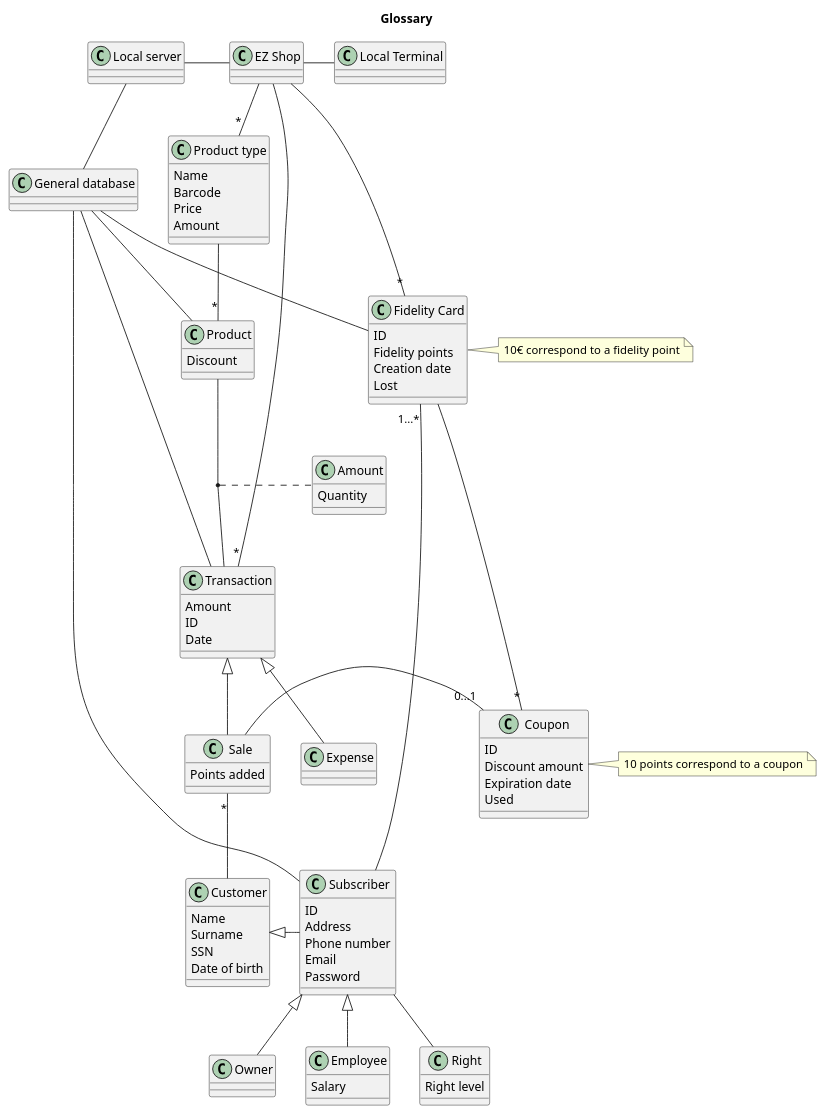
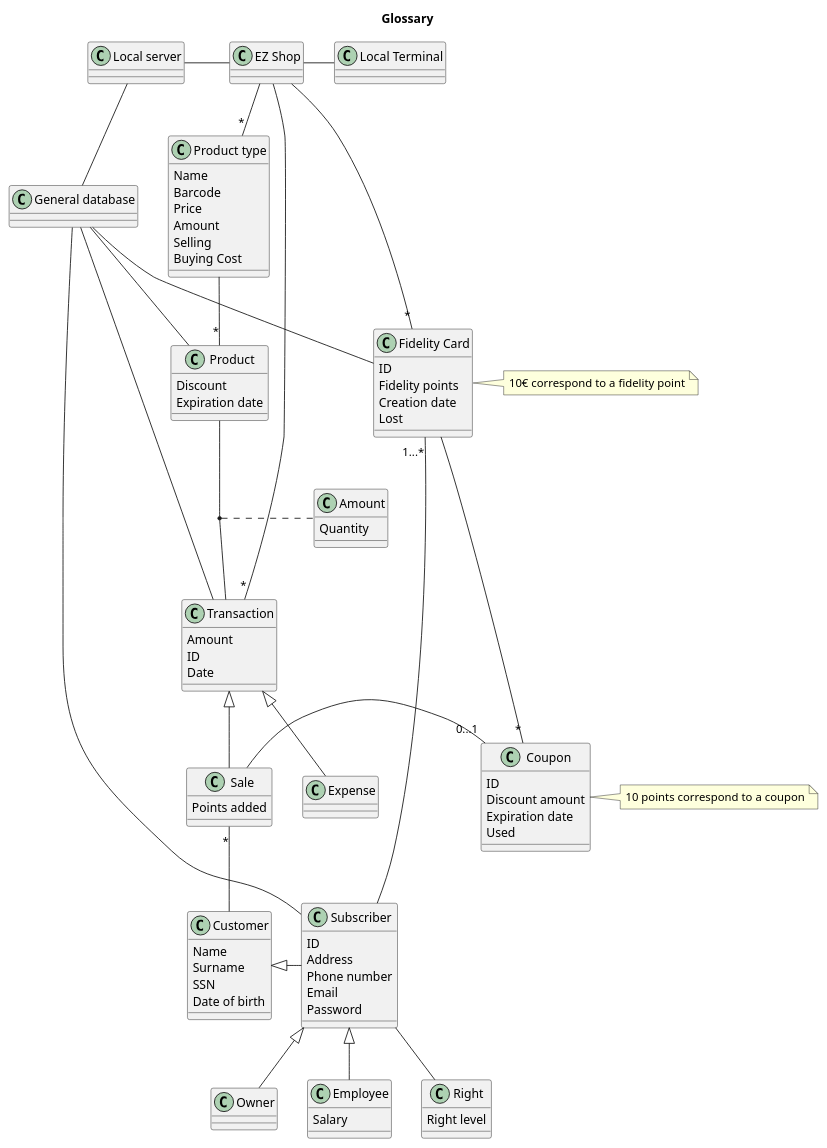
The fourth of 6 diagrams in Deliverables/RequirementsDocument.md (nicolabattaglino/ezshop), drawn with PlantUML before and after one commit.

Commit message:
Changes to glossaty

```diff
--- a/Deliverables/RequirementsDocument.md
+++ b/Deliverables/RequirementsDocument.md
@@ -535,6 +535,8 @@
 Barcode
 Price 
 Amount
+Selling
+Buying Cost
 }
 class "Coupon" as coupon{
 ID
@@ -560,6 +562,7 @@
 }
 class "Product" as product{
 Discount
+Expiration date
 }
 
 
```
